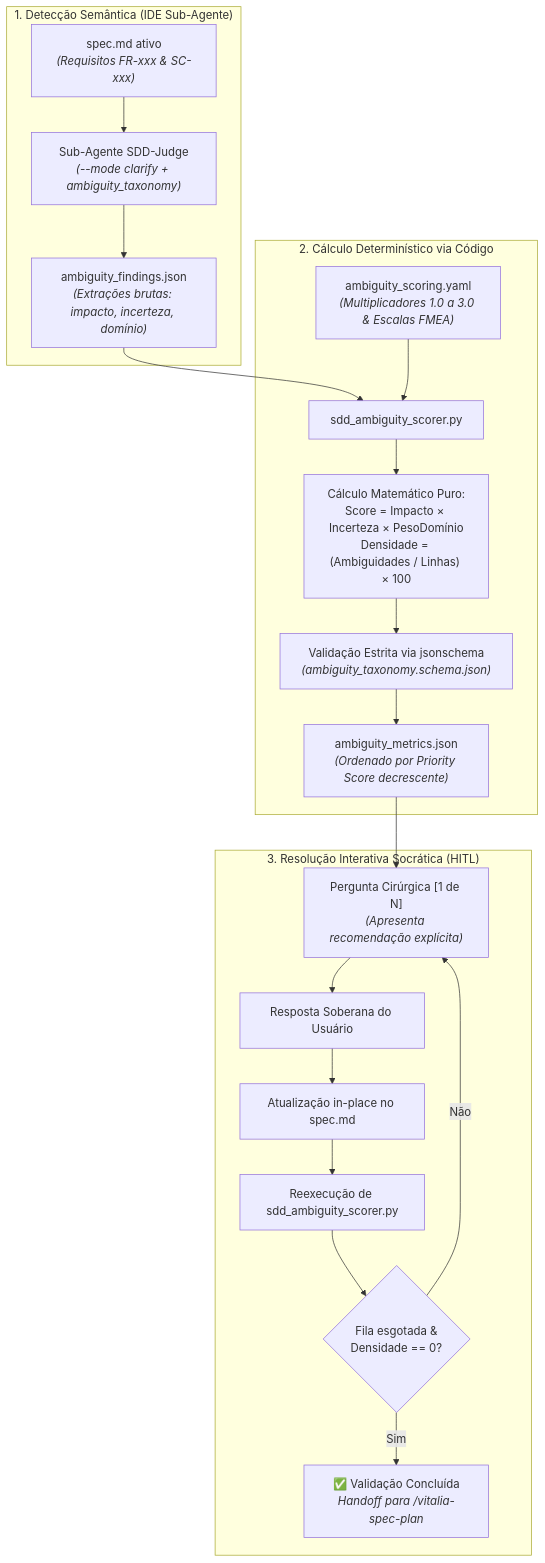
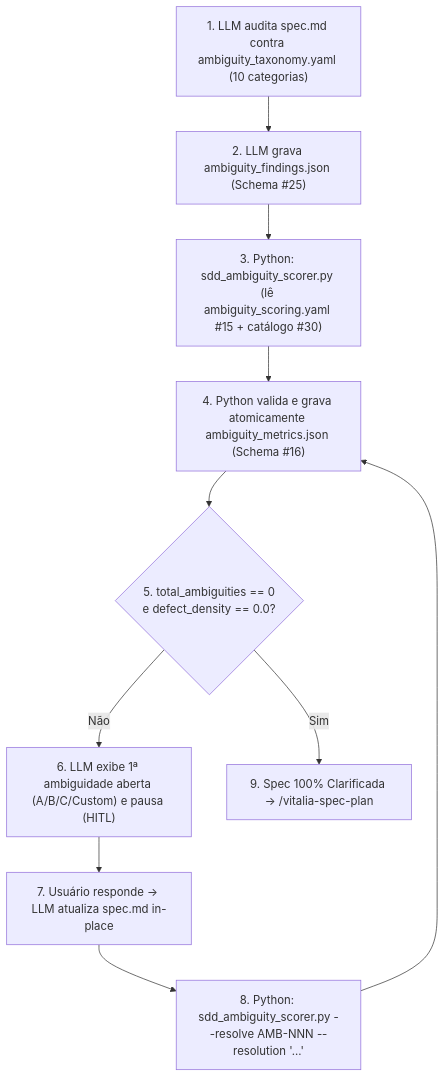
The second of 2 diagrams in docs/CONTRATOS_WORKFLOWS_SDD.md (andreticba/vitalia-docs), drawn with Mermaid before and after one commit. The commit also changed other lines of this file and 13 other files, not shown here.

Commit message:
docs(sdd): add 10 P11 schemas, Spec 009/010 handoffs and update CONTRATOS_WORKFLOWS_SDD

````diff
--- a/docs/CONTRATOS_WORKFLOWS_SDD.md
+++ b/docs/CONTRATOS_WORKFLOWS_SDD.md
@@ -3773,25 +3655,12 @@
 ```mermaid
 flowchart TD
-  subgraph Fase1 ["1. Detecção Semântica (IDE Sub-Agente)"]
-    A["spec.md ativo<br/><i>(Requisitos FR-xxx & SC-xxx)</i>"] --> B["Sub-Agente SDD-Judge<br/><i>(--mode clarify + ambiguity_taxonomy)</i>"]
-    B --> C["ambiguity_findings.json<br/><i>(Extrações brutas: impacto, incerteza, domínio)</i>"]
-  end
-
-  subgraph Fase2 ["2. Cálculo Determinístico via Código"]
-    C --> D["sdd_ambiguity_scorer.py"]
-    E["ambiguity_scoring.yaml<br/><i>(Multiplicadores 1.0 a 3.0 & Escalas FMEA)</i>"] --> D
-    D --> F["Cálculo Matemático Puro:<br/>Score = Impacto × Incerteza × PesoDomínio<br/>Densidade = (Ambiguidades / Linhas) × 100"]
-    F --> G["Validação Estrita via jsonschema<br/><i>(ambiguity_taxonomy.schema.json)</i>"]
-    G --> H["ambiguity_metrics.json<br/><i>(Ordenado por Priority Score decrescente)</i>"]
-  end
-
-  subgraph Fase3 ["3. Resolução Interativa Socrática (HITL)"]
-    H --> I["Pergunta Cirúrgica [1 de N]<br/><i>(Apresenta recomendação explícita)</i>"]
-    I --> J["Resposta Soberana do Usuário"]
-    J --> K["Atualização in-place no spec.md"]
-    K --> L["Reexecução de sdd_ambiguity_scorer.py"]
-    L --> M{"Fila esgotada &<br/>Densidade == 0?"}
-    M -- Não --> I
-    M -- Sim --> N["✅ Validação Concluída<br/><i>Handoff para /vitalia-spec-plan</i>"]
-  end
+    A["1. LLM audita spec.md contra ambiguity_taxonomy.yaml (10 categorias)"] --> B["2. LLM grava ambiguity_findings.json (Schema #25)"]
+    B --> C["3. Python: sdd_ambiguity_scorer.py (lê ambiguity_scoring.yaml #15 + catálogo #30)"]
+    C --> D["4. Python valida e grava atomicamente ambiguity_metrics.json (Schema #16)"]
+    D --> E{"5. total_ambiguities == 0\ne defect_density == 0.0?"}
+    E -- "Não" --> F["6. LLM exibe 1ª ambiguidade aberta (A/B/C/Custom) e pausa (HITL)"]
+    F --> G["7. Usuário responde -> LLM atualiza spec.md in-place"]
+    G --> H["8. Python: sdd_ambiguity_scorer.py --resolve AMB-NNN --resolution '...'"]
+    H --> D
+    E -- "Sim" --> I["9. Spec 100% Clarificada -> /vitalia-spec-plan"]
 ```
````
